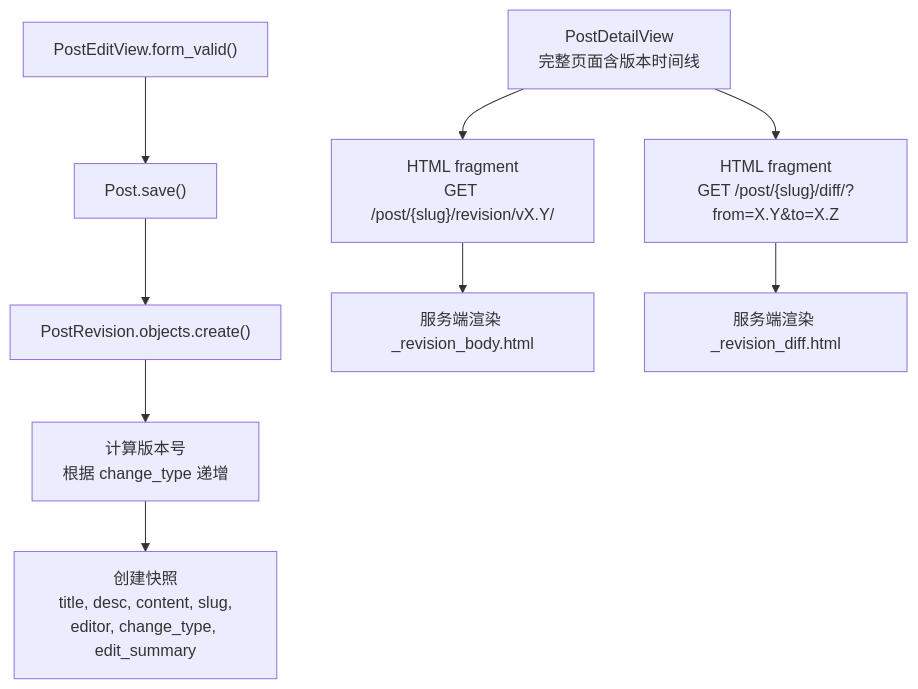
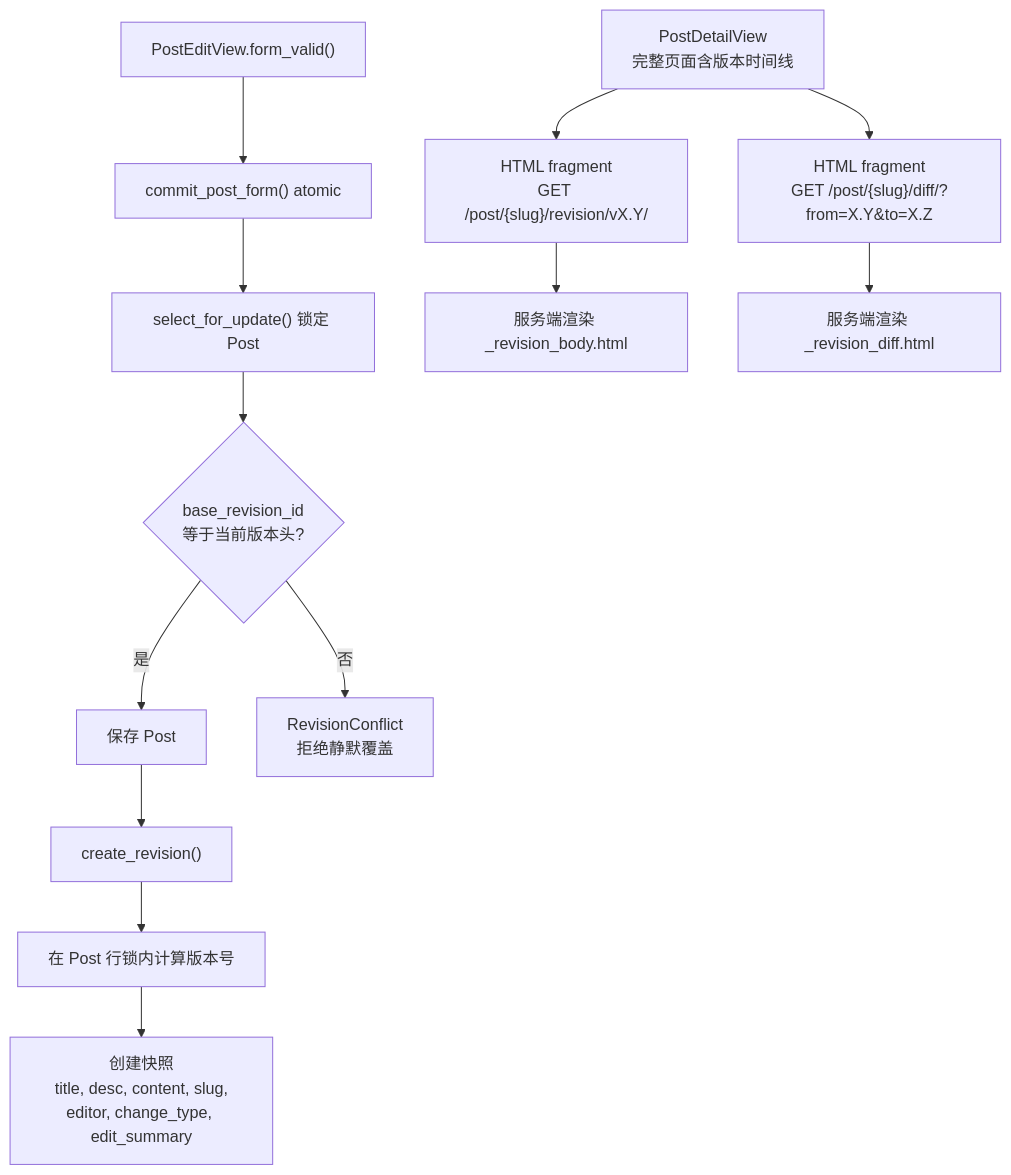
One commit to se-veN714/PowerAdapterBlogs changed the third of 3 diagrams in V2GUIDE.md. Above: the diagram before and after it, drawn with Mermaid. The commit also changed other lines of this file and 23 other files, not shown here.

Commit message:
docs: consolidate guides and update v2 roadmap

````diff
--- a/V2GUIDE.md
+++ b/V2GUIDE.md
@@ -214,21 +260,21 @@
 ```mermaid
 flowchart TD
-    EDIT["PostEditView.form_valid()"]
-    SAVE["Post.save()"]
-    SNAP["PostRevision.objects.create()"]
+    EDIT["PostEditView.form_valid()"] --> SERVICE["commit_post_form() atomic"]
+    SERVICE --> LOCK["select_for_update() 锁定 Post"]
+    LOCK --> HEAD{"base_revision_id<br/>等于当前版本头?"}
+    HEAD -->|是| SAVE["保存 Post"]
+    SAVE --> SNAP["create_revision()"]
+    SNAP --> CALC["在 Post 行锁内计算版本号"]
+    CALC --> CREATE["创建快照<br/>title, desc, content, slug,<br/>editor, change_type, edit_summary"]
 
-    EDIT --> SAVE
-    SAVE --> SNAP
-    
-    SNAP --> CALC["计算版本号<br/>根据 change_type 递增"]
-    CALC --> CREATE["创建快照<br/>title, desc, content, slug,<br/>editor, change_type, edit_summary"]
+    HEAD -->|否| CONFLICT["RevisionConflict<br/>拒绝静默覆盖"]
     
     PAGE["PostDetailView<br/>完整页面含版本时间线"]
     BODY["HTML fragment<br/>GET /post/{slug}/revision/vX.Y/"]
     DIFF["HTML fragment<br/>GET /post/{slug}/diff/?from=X.Y&to=X.Z"]
     
     PAGE --> BODY
     PAGE --> DIFF
     BODY --> BODY_HTML["服务端渲染 _revision_body.html"]
     DIFF --> DIFF_HTML["服务端渲染 _revision_diff.html"]
 ```
````
